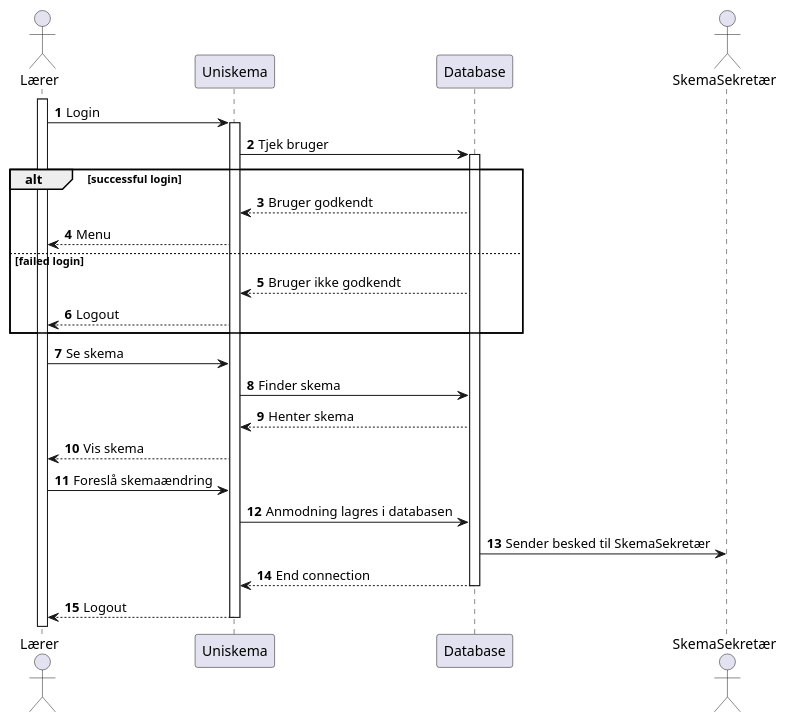
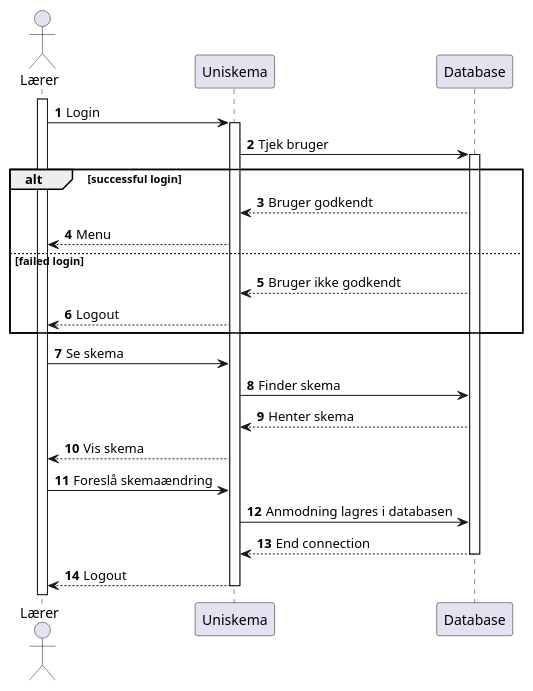
The diagram in Diagrams/SSD lærer.puml (MadsSchroder/Systemudvikling-Eksamen-KU), drawn with PlantUML before and after one commit. The commit also changed 5 other files, not shown here.

```diff
--- a/Diagrams/SSD lærer.puml
+++ b/Diagrams/SSD lærer.puml
@@ -1,26 +1,24 @@
 @startuml
 autonumber
 Actor Lærer
 Activate Lærer
 Lærer -> Uniskema: Login
 Activate Uniskema
 Uniskema -> Database: Tjek bruger
 Activate Database
-Actor SkemaSekretær
 alt successful login
     Uniskema <-- Database: Bruger godkendt
     Lærer <-- Uniskema: Menu
 else failed login
     Uniskema <-- Database: Bruger ikke godkendt
     Lærer <-- Uniskema: Logout
 end
 Lærer -> Uniskema: Se skema
 Uniskema -> Database: Finder skema
 Uniskema <-- Database: Henter skema
 Lærer <-- Uniskema: Vis skema
 Lærer -> Uniskema: Foreslå skemaændring
 Uniskema -> Database: Anmodning lagres i databasen
-Database -> SkemaSekretær: Sender besked til SkemaSekretær
 return End connection
 return Logout
 @enduml
```
